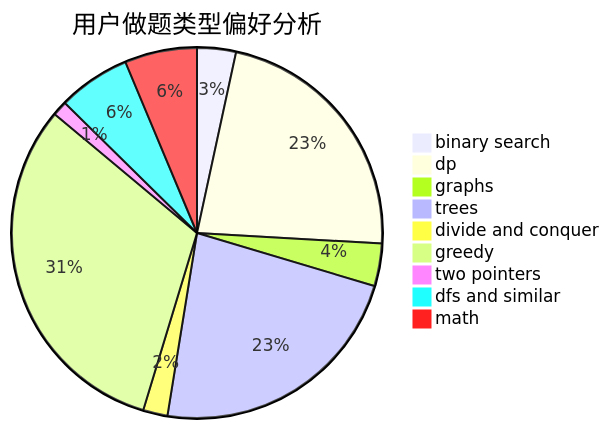
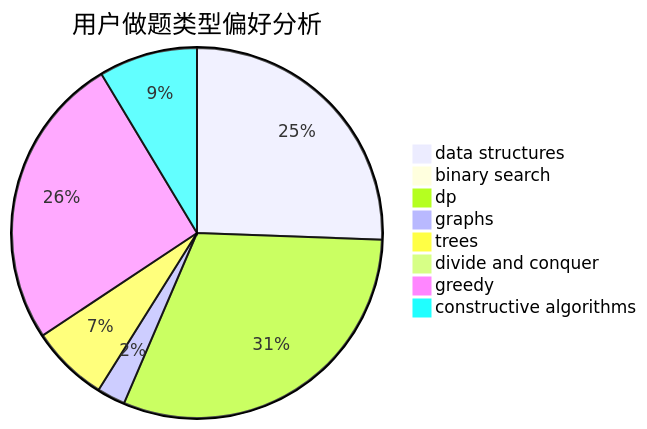
The second of 3 diagrams in docs/user/u2428.md (sherpahu/cfrs.github.io), drawn with Mermaid before and after one commit. The commit also changed other lines of this file and 2775 other files, not shown here.

````diff
--- a/docs/user/u2428.md
+++ b/docs/user/u2428.md
@@ -23,12 +23,11 @@
 ```mermaid
 pie title 用户做题类型偏好分析
-    "binary search" :  73
-    "dp" :  485
-    "graphs" :  80
-    "trees" :  494
-    "divide and conquer" :  46
-    "greedy" :  676
-    "two pointers" :  28
-    "dfs and similar" :  136
-    "math" :  136
+    "data structures" :  383
+    "binary search" :  5
+    "dp" :  462
+    "graphs" :  37
+    "trees" :  101
+    "divide and conquer" :  0
+    "greedy" :  385
+    "constructive algorithms" :  129
 ```
````
